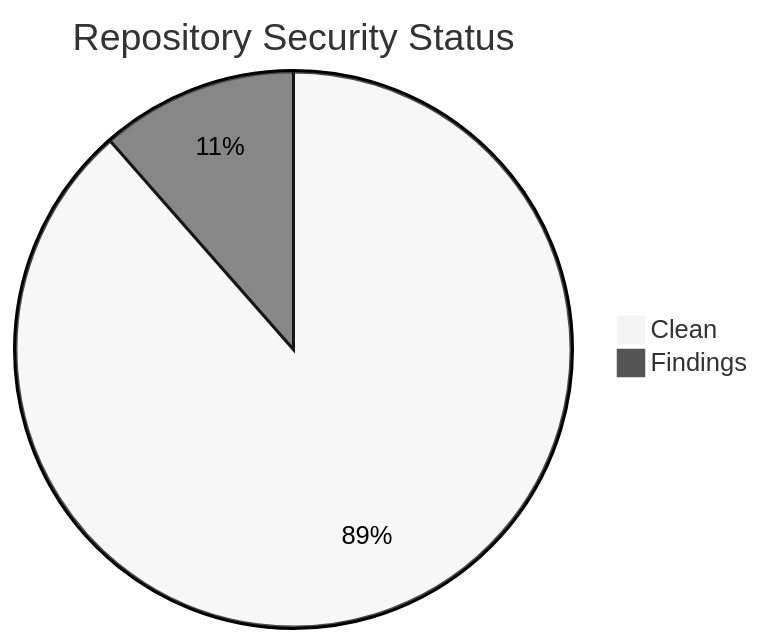
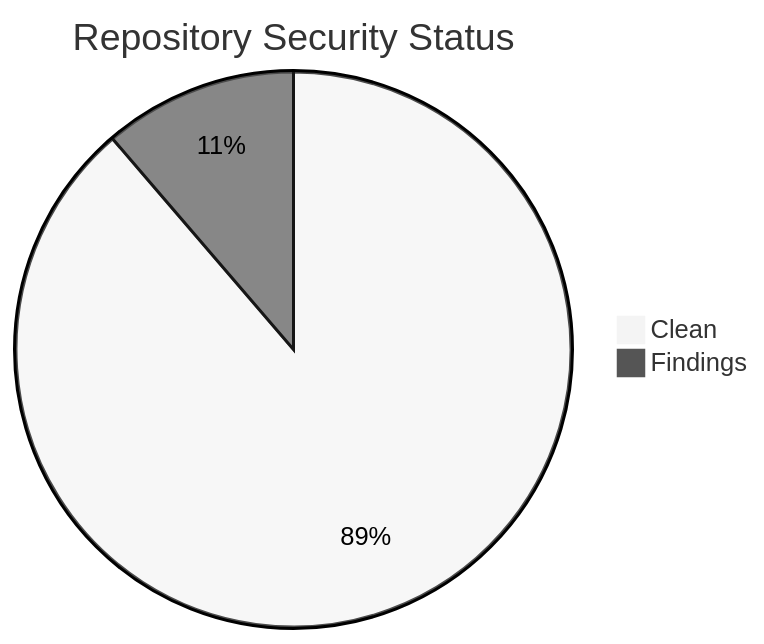
The second of 2 diagrams in projects/status.md (icepaule/icepaule.github.io), drawn with Mermaid (neutral theme) before and after one commit. The commit also changed other lines of this file and 54 other files, not shown here.

````diff
--- a/projects/status.md
+++ b/projects/status.md
@@ -124,5 +125,5 @@
 ```mermaid
 pie title Repository Security Status
-    "Clean" : 54
+    "Clean" : 55
     "Findings" : 7
 ```
````
